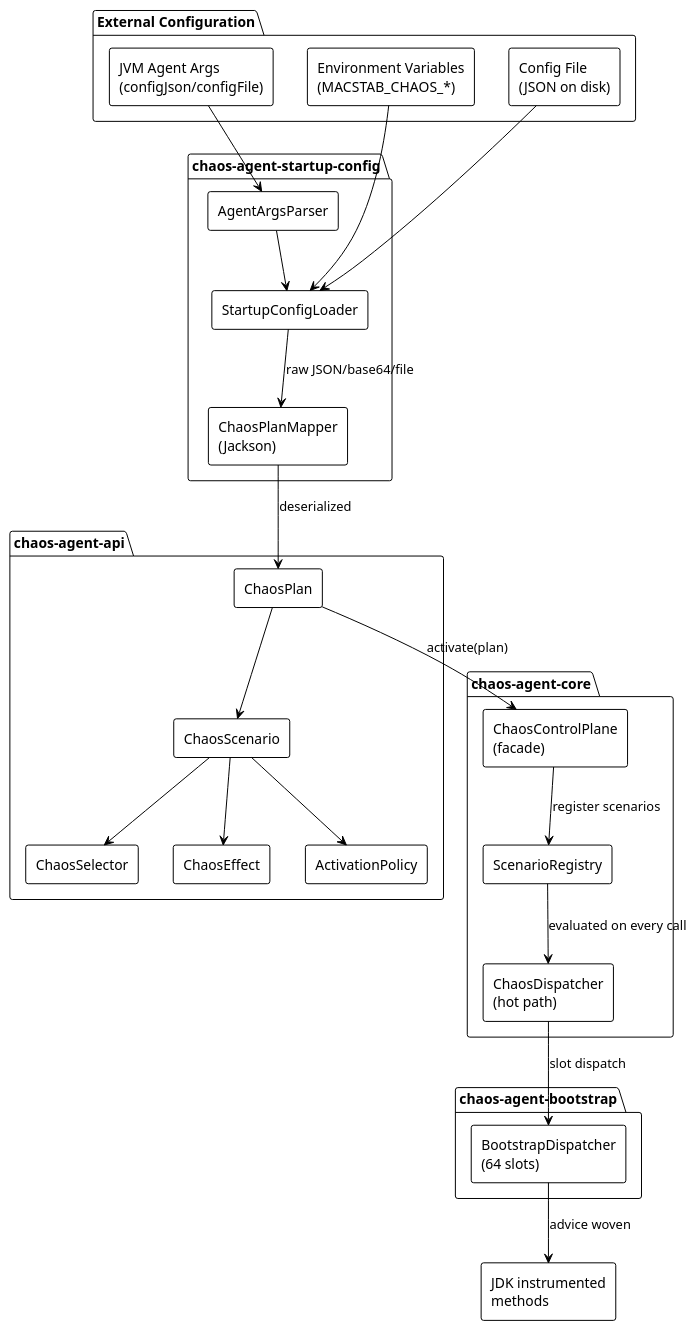
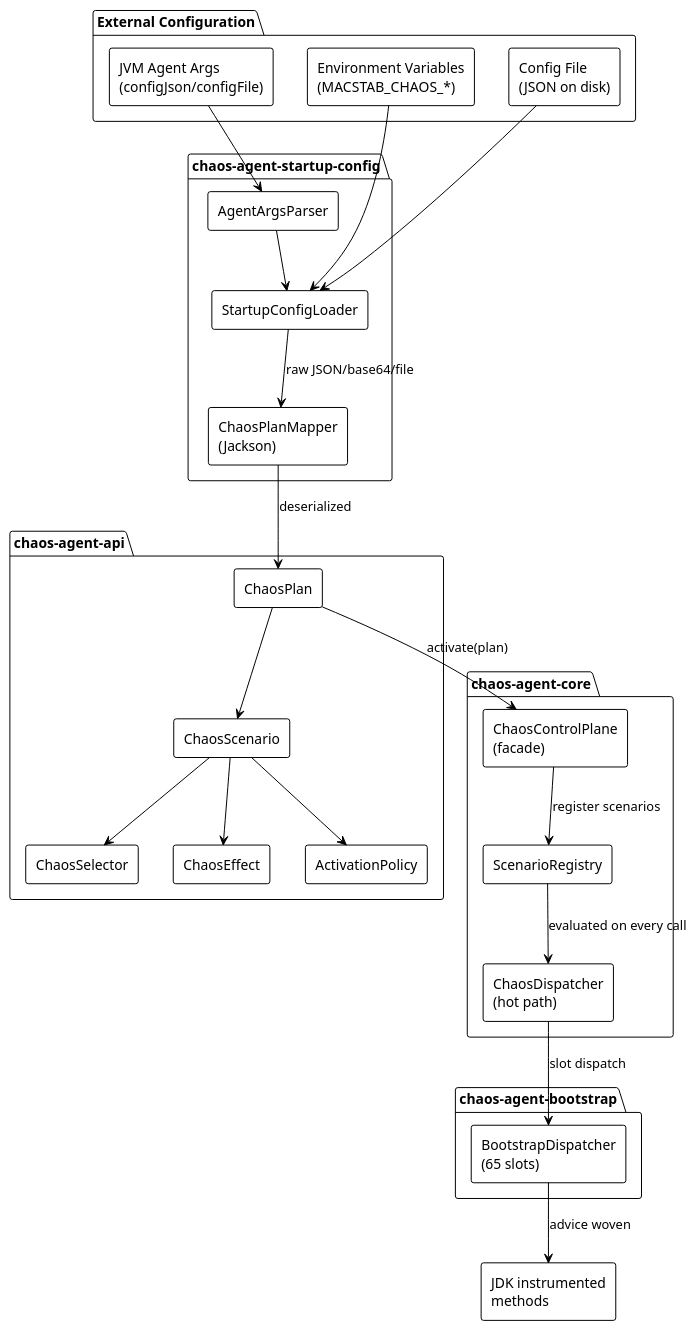
Before and after one commit to macstab/macstab-chaos-jvm-agent: the first of 2 diagrams in docs/configuration-reference.md, drawn with PlantUML. The commit also changed other lines of this file and 17 other files, not shown here.

````diff
--- a/docs/configuration-reference.md
+++ b/docs/configuration-reference.md
@@ -246,52 +246,52 @@
 ```plantuml
 @startuml chaos-config-components
 !theme plain
 skinparam componentStyle rectangle
 
 package "External Configuration" {
   [JVM Agent Args\n(configJson/configFile)] as AgentArgs
   [Environment Variables\n(MACSTAB_CHAOS_*)] as EnvVars
   [Config File\n(JSON on disk)] as ConfigFile
 }
 
 package "chaos-agent-startup-config" {
   [StartupConfigLoader] as SCL
   [AgentArgsParser] as AAP
   [ChaosPlanMapper\n(Jackson)] as CPM
 }
 
 package "chaos-agent-api" {
   [ChaosPlan] as Plan
   [ChaosScenario] as Scenario
   [ChaosSelector] as Selector
   [ChaosEffect] as Effect
   [ActivationPolicy] as Policy
 }
 
 package "chaos-agent-core" {
   [ChaosControlPlane\n(facade)] as CCP
   [ScenarioRegistry] as SR
   [ChaosDispatcher\n(hot path)] as CD
 }
 
 package "chaos-agent-bootstrap" {
-  [BootstrapDispatcher\n(64 slots)] as BD
+  [BootstrapDispatcher\n(65 slots)] as BD
 }
 
 AgentArgs --> AAP
 EnvVars --> SCL
 ConfigFile --> SCL
 AAP --> SCL
 SCL --> CPM : raw JSON/base64/file
 CPM --> Plan : deserialized
 Plan --> Scenario
 Scenario --> Selector
 Scenario --> Effect
 Scenario --> Policy
 Plan --> CCP : activate(plan)
 CCP --> SR : register scenarios
 SR --> CD : evaluated on every call
 CD --> BD : slot dispatch
 BD --> [JDK instrumented\nmethods] : advice woven
 @enduml
 ```
````
